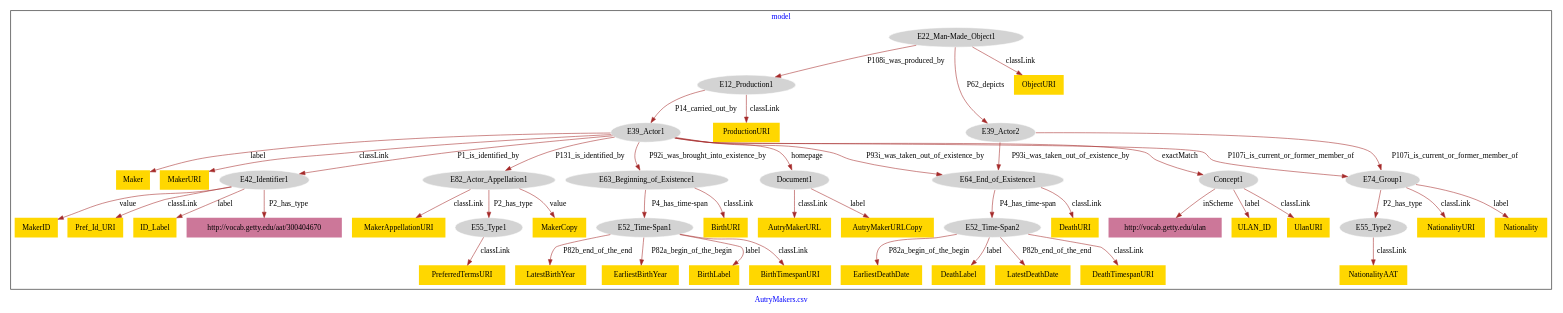
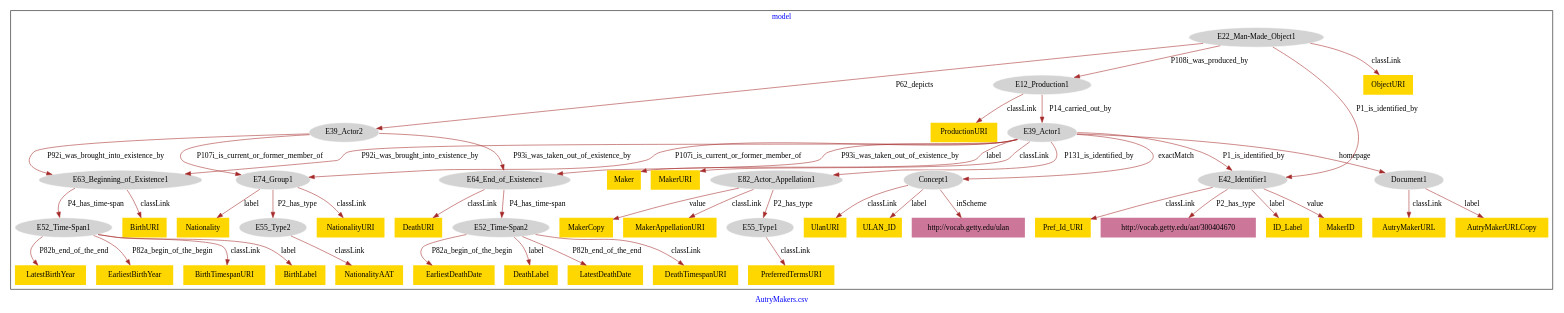
The diagram in AutryMakers/AutryMakers-model.dot (american-art/autry), drawn with Graphviz before and after one commit.

Commit message:
Update file AutryMakers-model.dot

```diff
--- a/AutryMakers/AutryMakers-model.dot
+++ b/AutryMakers/AutryMakers-model.dot
@@ -1,97 +1,99 @@
 digraph n0 {
 fontcolor="blue"
 remincross="true"
 label="AutryMakers.csv"
 subgraph cluster {
 label="model"
 n2[style="filled",color="white",fillcolor="lightgray",label="E12_Production1"];
 n3[style="filled",color="white",fillcolor="lightgray",label="E39_Actor1"];
 n4[style="filled",color="white",fillcolor="lightgray",label="E22_Man-Made_Object1"];
 n5[style="filled",color="white",fillcolor="lightgray",label="E39_Actor2"];
 n6[style="filled",color="white",fillcolor="lightgray",label="E42_Identifier1"];
-n7[style="filled",color="white",fillcolor="lightgray",label="E63_Beginning_of_Existence1"];
-n8[style="filled",color="white",fillcolor="lightgray",label="E64_End_of_Existence1"];
-n9[style="filled",color="white",fillcolor="lightgray",label="E82_Actor_Appellation1"];
-n10[style="filled",color="white",fillcolor="lightgray",label="Concept1"];
-n11[style="filled",color="white",fillcolor="lightgray",label="Document1"];
+n7[style="filled",color="white",fillcolor="lightgray",label="E64_End_of_Existence1"];
+n8[style="filled",color="white",fillcolor="lightgray",label="E82_Actor_Appellation1"];
+n9[style="filled",color="white",fillcolor="lightgray",label="Concept1"];
+n10[style="filled",color="white",fillcolor="lightgray",label="Document1"];
+n11[style="filled",color="white",fillcolor="lightgray",label="E63_Beginning_of_Existence1"];
 n12[style="filled",color="white",fillcolor="lightgray",label="E74_Group1"];
 n13[style="filled",color="white",fillcolor="lightgray",label="E52_Time-Span1"];
 n14[style="filled",color="white",fillcolor="lightgray",label="E52_Time-Span2"];
 n15[style="filled",color="white",fillcolor="lightgray",label="E55_Type2"];
 n16[style="filled",color="white",fillcolor="lightgray",label="E55_Type1"];
 n17[shape="plaintext",style="filled",fillcolor="gold",label="PreferredTermsURI"];
-n18[shape="plaintext",style="filled",fillcolor="gold",label="NationalityAAT"];
-n19[shape="plaintext",style="filled",fillcolor="gold",label="ProductionURI"];
-n20[shape="plaintext",style="filled",fillcolor="gold",label="AutryMakerURLCopy"];
-n21[shape="plaintext",style="filled",fillcolor="gold",label="LatestBirthYear"];
-n22[shape="plaintext",style="filled",fillcolor="gold",label="NationalityURI"];
-n23[shape="plaintext",style="filled",fillcolor="gold",label="EarliestDeathDate"];
-n24[shape="plaintext",style="filled",fillcolor="gold",label="EarliestBirthYear"];
-n25[shape="plaintext",style="filled",fillcolor="gold",label="MakerURI"];
-n26[shape="plaintext",style="filled",fillcolor="gold",label="BirthLabel"];
-n27[shape="plaintext",style="filled",fillcolor="gold",label="Nationality"];
-n28[shape="plaintext",style="filled",fillcolor="gold",label="ULAN_ID"];
-n29[shape="plaintext",style="filled",fillcolor="gold",label="AutryMakerURL"];
-n30[shape="plaintext",style="filled",fillcolor="gold",label="Maker"];
-n31[shape="plaintext",style="filled",fillcolor="gold",label="DeathURI"];
-n32[shape="plaintext",style="filled",fillcolor="gold",label="MakerCopy"];
-n33[shape="plaintext",style="filled",fillcolor="gold",label="MakerID"];
-n34[shape="plaintext",style="filled",fillcolor="gold",label="BirthTimespanURI"];
-n35[shape="plaintext",style="filled",fillcolor="gold",label="DeathLabel"];
+n18[shape="plaintext",style="filled",fillcolor="gold",label="DeathURI"];
+n19[shape="plaintext",style="filled",fillcolor="gold",label="NationalityURI"];
+n20[shape="plaintext",style="filled",fillcolor="gold",label="DeathTimespanURI"];
+n21[shape="plaintext",style="filled",fillcolor="gold",label="EarliestDeathDate"];
+n22[shape="plaintext",style="filled",fillcolor="gold",label="MakerCopy"];
+n23[shape="plaintext",style="filled",fillcolor="gold",label="EarliestBirthYear"];
+n24[shape="plaintext",style="filled",fillcolor="gold",label="DeathLabel"];
+n25[shape="plaintext",style="filled",fillcolor="gold",label="ID_Label"];
+n26[shape="plaintext",style="filled",fillcolor="gold",label="LatestDeathDate"];
+n27[shape="plaintext",style="filled",fillcolor="gold",label="AutryMakerURLCopy"];
+n28[shape="plaintext",style="filled",fillcolor="gold",label="UlanURI"];
+n29[shape="plaintext",style="filled",fillcolor="gold",label="BirthTimespanURI"];
+n30[shape="plaintext",style="filled",fillcolor="gold",label="BirthLabel"];
+n31[shape="plaintext",style="filled",fillcolor="gold",label="NationalityAAT"];
+n32[shape="plaintext",style="filled",fillcolor="gold",label="BirthURI"];
+n33[shape="plaintext",style="filled",fillcolor="gold",label="ProductionURI"];
+n34[shape="plaintext",style="filled",fillcolor="gold",label="LatestBirthYear"];
+n35[shape="plaintext",style="filled",fillcolor="gold",label="MakerID"];
 n36[shape="plaintext",style="filled",fillcolor="gold",label="Pref_Id_URI"];
-n37[shape="plaintext",style="filled",fillcolor="gold",label="ID_Label"];
-n38[shape="plaintext",style="filled",fillcolor="gold",label="LatestDeathDate"];
-n39[shape="plaintext",style="filled",fillcolor="gold",label="MakerAppellationURI"];
-n40[shape="plaintext",style="filled",fillcolor="gold",label="UlanURI"];
-n41[shape="plaintext",style="filled",fillcolor="gold",label="DeathTimespanURI"];
-n42[shape="plaintext",style="filled",fillcolor="gold",label="ObjectURI"];
-n43[shape="plaintext",style="filled",fillcolor="gold",label="BirthURI"];
+n37[shape="plaintext",style="filled",fillcolor="gold",label="Nationality"];
+n38[shape="plaintext",style="filled",fillcolor="gold",label="Maker"];
+n39[shape="plaintext",style="filled",fillcolor="gold",label="ObjectURI"];
+n40[shape="plaintext",style="filled",fillcolor="gold",label="MakerAppellationURI"];
+n41[shape="plaintext",style="filled",fillcolor="gold",label="MakerURI"];
+n42[shape="plaintext",style="filled",fillcolor="gold",label="ULAN_ID"];
+n43[shape="plaintext",style="filled",fillcolor="gold",label="AutryMakerURL"];
 n44[shape="plaintext",style="filled",fillcolor="#CC7799",label="http://vocab.getty.edu/aat/300404670"];
 n45[shape="plaintext",style="filled",fillcolor="#CC7799",label="http://vocab.getty.edu/ulan"];
 }
 n2 -> n3[color="brown",fontcolor="black",label="P14_carried_out_by"]
 n4 -> n2[color="brown",fontcolor="black",label="P108i_was_produced_by"]
 n4 -> n5[color="brown",fontcolor="black",label="P62_depicts"]
+n4 -> n6[color="brown",fontcolor="black",label="P1_is_identified_by"]
+n3 -> n7[color="brown",fontcolor="black",label="P93i_was_taken_out_of_existence_by"]
+n3 -> n8[color="brown",fontcolor="black",label="P131_is_identified_by"]
+n3 -> n9[color="brown",fontcolor="black",label="exactMatch"]
+n3 -> n10[color="brown",fontcolor="black",label="homepage"]
+n5 -> n11[color="brown",fontcolor="black",label="P92i_was_brought_into_existence_by"]
+n5 -> n12[color="brown",fontcolor="black",label="P107i_is_current_or_former_member_of"]
+n11 -> n13[color="brown",fontcolor="black",label="P4_has_time-span"]
+n7 -> n14[color="brown",fontcolor="black",label="P4_has_time-span"]
+n12 -> n15[color="brown",fontcolor="black",label="P2_has_type"]
+n8 -> n16[color="brown",fontcolor="black",label="P2_has_type"]
+n16 -> n17[color="brown",fontcolor="black",label="classLink"]
+n7 -> n18[color="brown",fontcolor="black",label="classLink"]
+n12 -> n19[color="brown",fontcolor="black",label="classLink"]
+n14 -> n20[color="brown",fontcolor="black",label="classLink"]
+n14 -> n21[color="brown",fontcolor="black",label="P82a_begin_of_the_begin"]
+n8 -> n22[color="brown",fontcolor="black",label="value"]
+n13 -> n23[color="brown",fontcolor="black",label="P82a_begin_of_the_begin"]
+n14 -> n24[color="brown",fontcolor="black",label="label"]
+n6 -> n25[color="brown",fontcolor="black",label="label"]
+n14 -> n26[color="brown",fontcolor="black",label="P82b_end_of_the_end"]
+n10 -> n27[color="brown",fontcolor="black",label="label"]
+n9 -> n28[color="brown",fontcolor="black",label="classLink"]
+n13 -> n29[color="brown",fontcolor="black",label="classLink"]
+n13 -> n30[color="brown",fontcolor="black",label="label"]
+n15 -> n31[color="brown",fontcolor="black",label="classLink"]
+n11 -> n32[color="brown",fontcolor="black",label="classLink"]
+n2 -> n33[color="brown",fontcolor="black",label="classLink"]
+n13 -> n34[color="brown",fontcolor="black",label="P82b_end_of_the_end"]
+n6 -> n35[color="brown",fontcolor="black",label="value"]
+n6 -> n36[color="brown",fontcolor="black",label="classLink"]
+n12 -> n37[color="brown",fontcolor="black",label="label"]
+n3 -> n38[color="brown",fontcolor="black",label="label"]
+n4 -> n39[color="brown",fontcolor="black",label="classLink"]
+n8 -> n40[color="brown",fontcolor="black",label="classLink"]
+n3 -> n41[color="brown",fontcolor="black",label="classLink"]
+n9 -> n42[color="brown",fontcolor="black",label="label"]
+n10 -> n43[color="brown",fontcolor="black",label="classLink"]
+n5 -> n7[color="brown",fontcolor="black",label="P93i_was_taken_out_of_existence_by"]
+n6 -> n44[color="brown",fontcolor="black",label="P2_has_type"]
 n3 -> n6[color="brown",fontcolor="black",label="P1_is_identified_by"]
-n3 -> n7[color="brown",fontcolor="black",label="P92i_was_brought_into_existence_by"]
-n3 -> n8[color="brown",fontcolor="black",label="P93i_was_taken_out_of_existence_by"]
-n3 -> n9[color="brown",fontcolor="black",label="P131_is_identified_by"]
-n3 -> n10[color="brown",fontcolor="black",label="exactMatch"]
-n3 -> n11[color="brown",fontcolor="black",label="homepage"]
-n5 -> n12[color="brown",fontcolor="black",label="P107i_is_current_or_former_member_of"]
-n7 -> n13[color="brown",fontcolor="black",label="P4_has_time-span"]
-n8 -> n14[color="brown",fontcolor="black",label="P4_has_time-span"]
-n12 -> n15[color="brown",fontcolor="black",label="P2_has_type"]
-n9 -> n16[color="brown",fontcolor="black",label="P2_has_type"]
-n16 -> n17[color="brown",fontcolor="black",label="classLink"]
-n15 -> n18[color="brown",fontcolor="black",label="classLink"]
-n2 -> n19[color="brown",fontcolor="black",label="classLink"]
-n11 -> n20[color="brown",fontcolor="black",label="label"]
-n13 -> n21[color="brown",fontcolor="black",label="P82b_end_of_the_end"]
-n12 -> n22[color="brown",fontcolor="black",label="classLink"]
-n14 -> n23[color="brown",fontcolor="black",label="P82a_begin_of_the_begin"]
-n13 -> n24[color="brown",fontcolor="black",label="P82a_begin_of_the_begin"]
-n3 -> n25[color="brown",fontcolor="black",label="classLink"]
-n13 -> n26[color="brown",fontcolor="black",label="label"]
-n12 -> n27[color="brown",fontcolor="black",label="label"]
-n10 -> n28[color="brown",fontcolor="black",label="label"]
-n11 -> n29[color="brown",fontcolor="black",label="classLink"]
-n3 -> n30[color="brown",fontcolor="black",label="label"]
-n8 -> n31[color="brown",fontcolor="black",label="classLink"]
-n9 -> n32[color="brown",fontcolor="black",label="value"]
-n6 -> n33[color="brown",fontcolor="black",label="value"]
-n13 -> n34[color="brown",fontcolor="black",label="classLink"]
-n14 -> n35[color="brown",fontcolor="black",label="label"]
-n6 -> n36[color="brown",fontcolor="black",label="classLink"]
-n6 -> n37[color="brown",fontcolor="black",label="label"]
-n14 -> n38[color="brown",fontcolor="black",label="P82b_end_of_the_end"]
-n9 -> n39[color="brown",fontcolor="black",label="classLink"]
-n10 -> n40[color="brown",fontcolor="black",label="classLink"]
-n14 -> n41[color="brown",fontcolor="black",label="classLink"]
-n4 -> n42[color="brown",fontcolor="black",label="classLink"]
-n7 -> n43[color="brown",fontcolor="black",label="classLink"]
-n5 -> n8[color="brown",fontcolor="black",label="P93i_was_taken_out_of_existence_by"]
-n6 -> n44[color="brown",fontcolor="black",label="P2_has_type"]
-n10 -> n45[color="brown",fontcolor="black",label="inScheme"]
+n3 -> n11[color="brown",fontcolor="black",label="P92i_was_brought_into_existence_by"]
+n9 -> n45[color="brown",fontcolor="black",label="inScheme"]
 n3 -> n12[color="brown",fontcolor="black",label="P107i_is_current_or_former_member_of"]
 }
```
